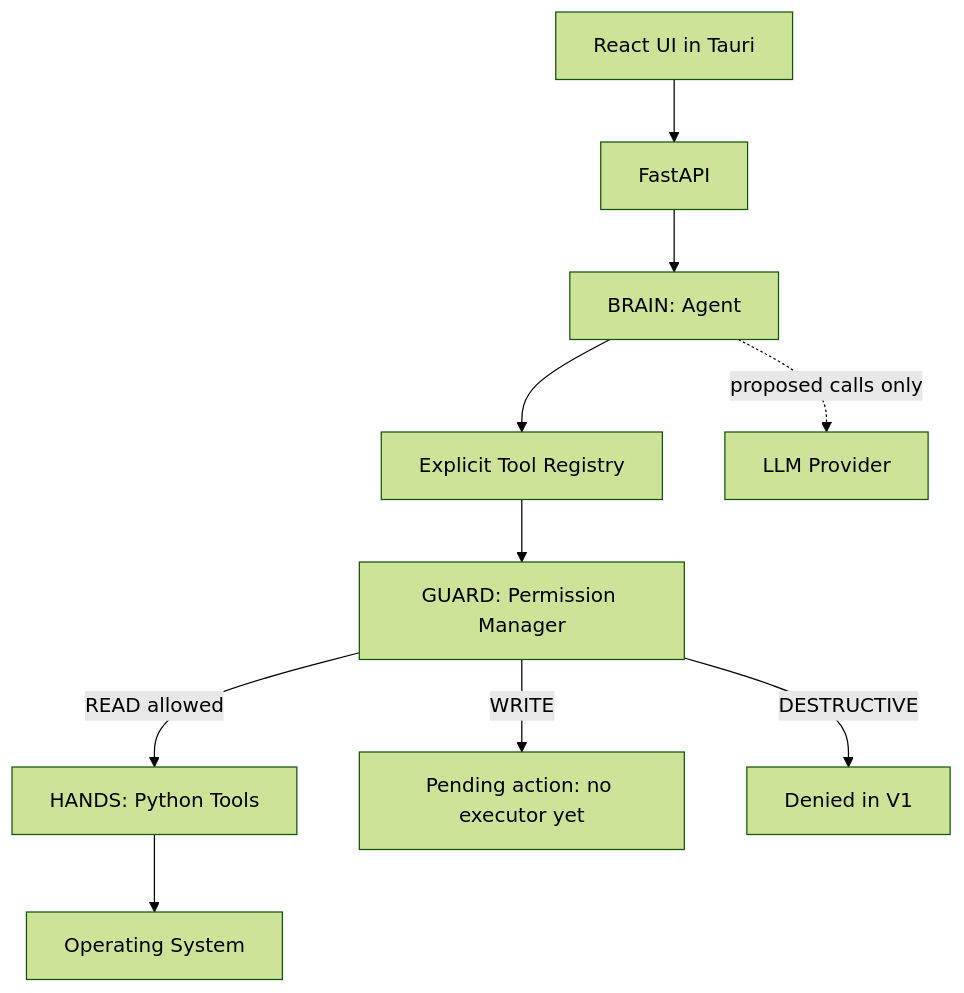
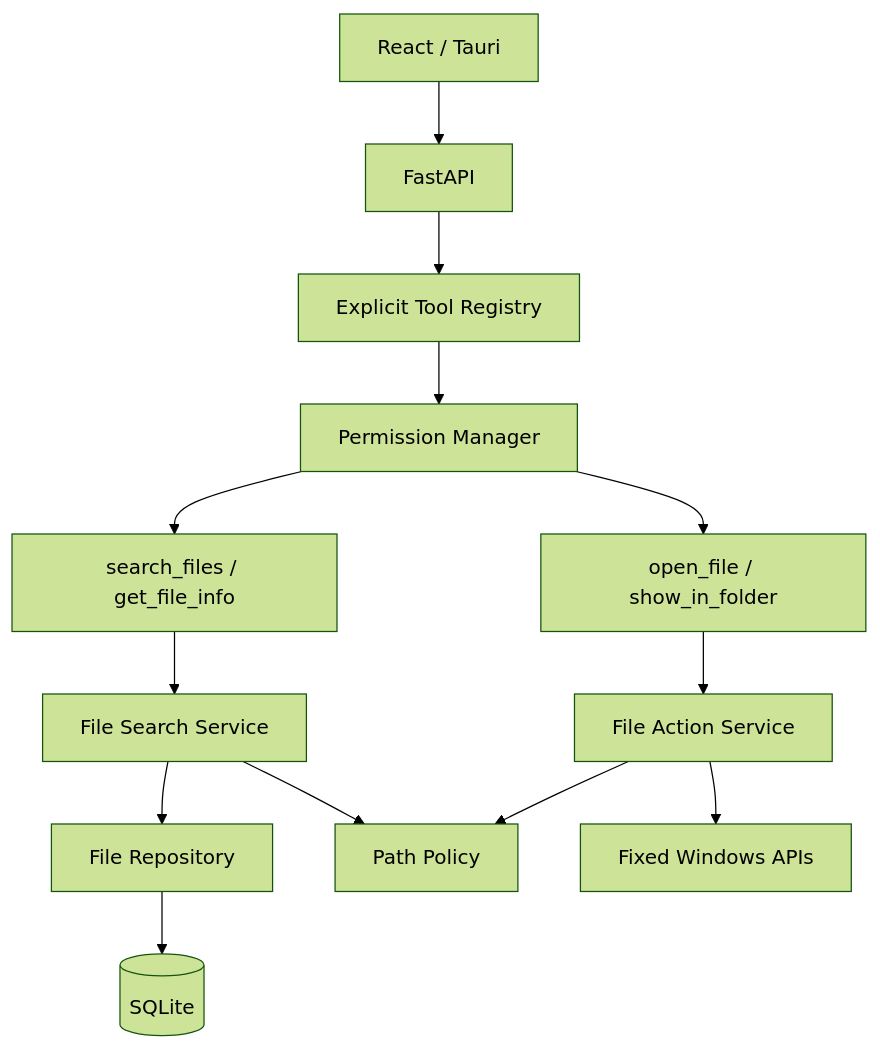
One commit to GKG01/assistant-app changed the first of 2 diagrams in docs/ARCHITECTURE.md. Above: the diagram before and after it, drawn with Mermaid (forest theme). The commit also changed other lines of this file and 36 other files, not shown here.

````diff
--- a/docs/ARCHITECTURE.md
+++ b/docs/ARCHITECTURE.md
@@ -6,12 +6,15 @@
 ```mermaid
 flowchart TD
-    UI[React UI in Tauri] --> API[FastAPI]
-    API --> Agent[BRAIN: Agent]
-    Agent --> Registry[Explicit Tool Registry]
-    Registry --> Guard[GUARD: Permission Manager]
-    Guard -->|READ allowed| Tools[HANDS: Python Tools]
-    Guard -->|WRITE| Pending[Pending action: no executor yet]
-    Guard -->|DESTRUCTIVE| Denied[Denied in V1]
-    Tools --> OS[Operating System]
-    Agent -. proposed calls only .-> LLM[LLM Provider]
+    UI[React / Tauri] --> API[FastAPI]
+    API --> Registry[Explicit Tool Registry]
+    Registry --> Guard[Permission Manager]
+    Guard --> Search[search_files / get_file_info]
+    Search --> Service[File Search Service]
+    Service --> Repository[File Repository]
+    Repository --> SQLite[(SQLite)]
+    Service --> Policy[Path Policy]
+    Guard --> Interactive[open_file / show_in_folder]
+    Interactive --> Actions[File Action Service]
+    Actions --> Policy
+    Actions --> OS[Fixed Windows APIs]
 ```
````
